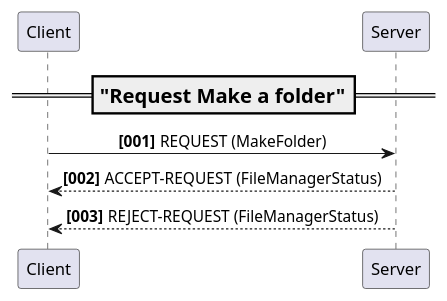
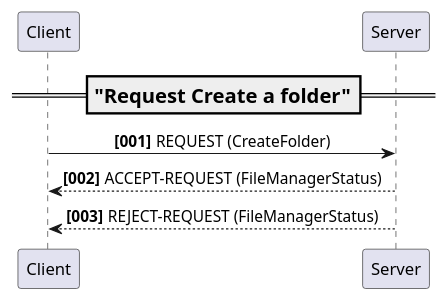
The diagram in assets/2.3_Sequence.puml (nonodev96/THUMDER-ontology), drawn with PlantUML before and after one commit. The commit also changed 17 other files, not shown here.

```diff
--- a/assets/2.3_Sequence.puml
+++ b/assets/2.3_Sequence.puml
@@ -1,12 +1,12 @@
 @startuml
 'https://plantuml.com/sequence-diagram
 autonumber "<b>[000]"
 skinparam defaultFontName consolas
 skinparam sequenceMessageAlign center
 
-=== "Request Make a folder" ==
-Client -> Server:   REQUEST (MakeFolder)
+=== "Request Create a folder" ==
+Client -> Server:   REQUEST (CreateFolder)
 Client <-- Server:  ACCEPT-REQUEST (FileManagerStatus)
 Client <-- Server:  REJECT-REQUEST (FileManagerStatus)
 
 @enduml
```
